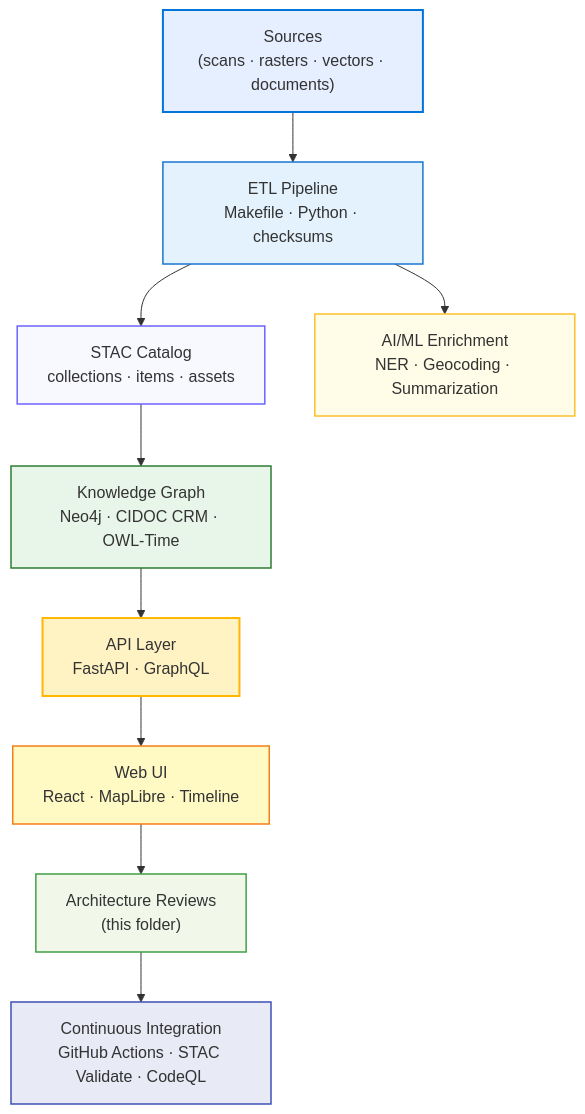
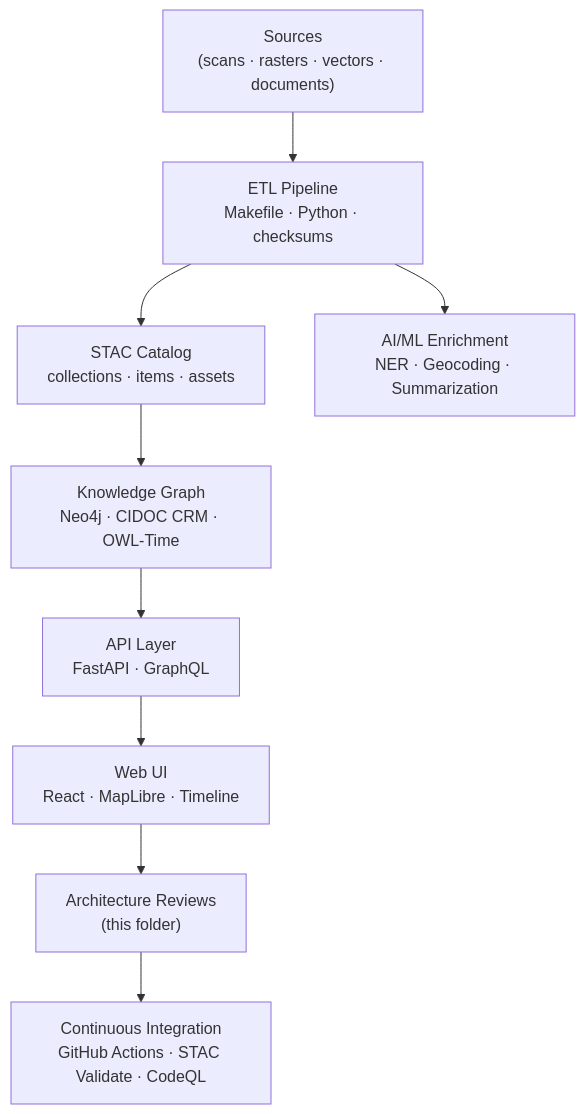
Before and after one commit to bartytime4life/Kansas-Frontier-Matrix: the diagram in docs/design/reviews/architecture/templates/README.md, drawn with Mermaid. The commit also changed other lines of this file, not shown here.

````diff
--- a/docs/design/reviews/architecture/templates/README.md
+++ b/docs/design/reviews/architecture/templates/README.md
@@ -59,23 +128,11 @@
 ```mermaid
 flowchart TD
   A["Sources\n(scans · rasters · vectors · documents)"] --> B["ETL Pipeline\nMakefile · Python · checksums"]
   B --> C["STAC Catalog\ncollections · items · assets"]
   B --> D["AI/ML Enrichment\nNER · Geocoding · Summarization"]
   C --> E["Knowledge Graph\nNeo4j · CIDOC CRM · OWL-Time"]
   E --> F["API Layer\nFastAPI · GraphQL"]
   F --> G["Web UI\nReact · MapLibre · Timeline"]
   G --> H["Architecture Reviews\n(this folder)"]
   H --> I["Continuous Integration\nGitHub Actions · STAC Validate · CodeQL"]
-
-  style A fill:#E6EFFF,stroke:#0074D9,stroke-width:2px
-  style B fill:#E3F2FD,stroke:#1976D2,stroke-width:1.5px
-  style C fill:#F8F8FF,stroke:#6C63FF,stroke-width:1.5px
-  style D fill:#FFFDE7,stroke:#FBC02D,stroke-width:1.5px
-  style E fill:#E8F5E9,stroke:#2E7D32,stroke-width:1.5px
-  style F fill:#FFF3C4,stroke:#FFB700,stroke-width:2px
-  style G fill:#FFF9C4,stroke:#F57F17,stroke-width:1.5px
-  style H fill:#F1F8E9,stroke:#43A047,stroke-width:1.5px
-  style I fill:#E8EAF6,stroke:#3F51B5,stroke-width:1.5px
-
-  %% END OF MERMAID
 ```
````
